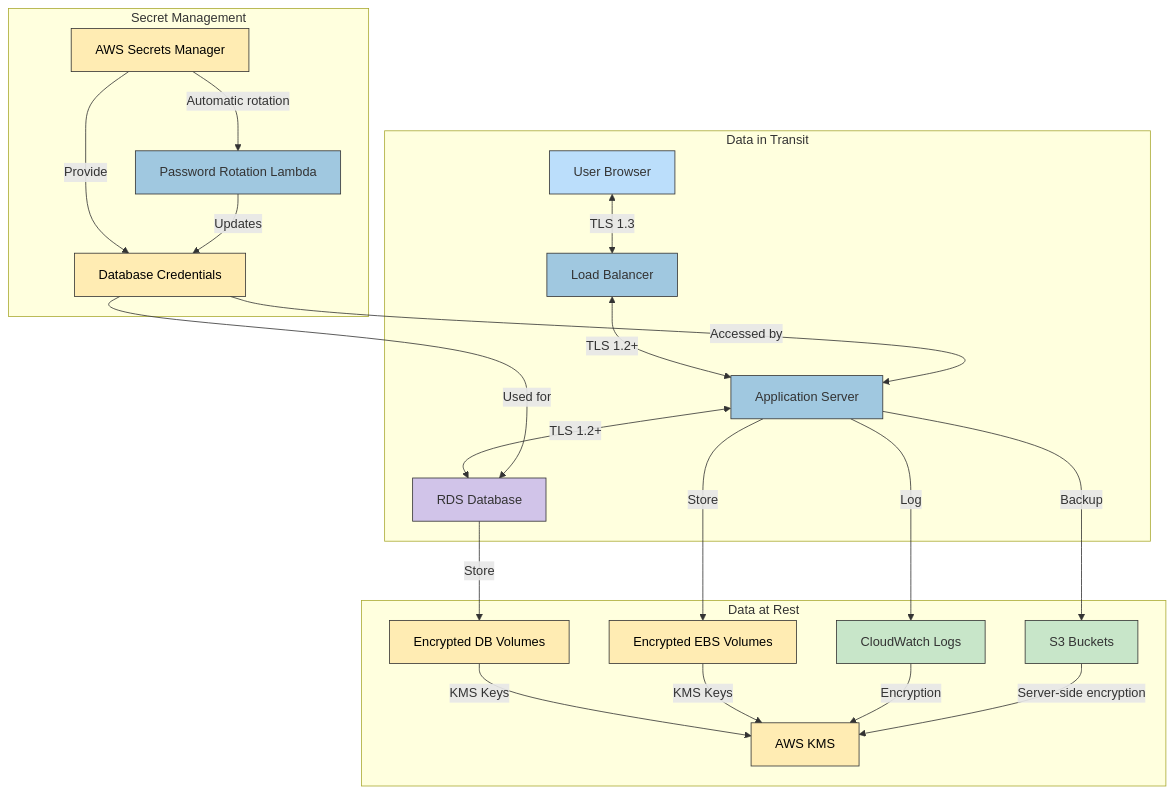
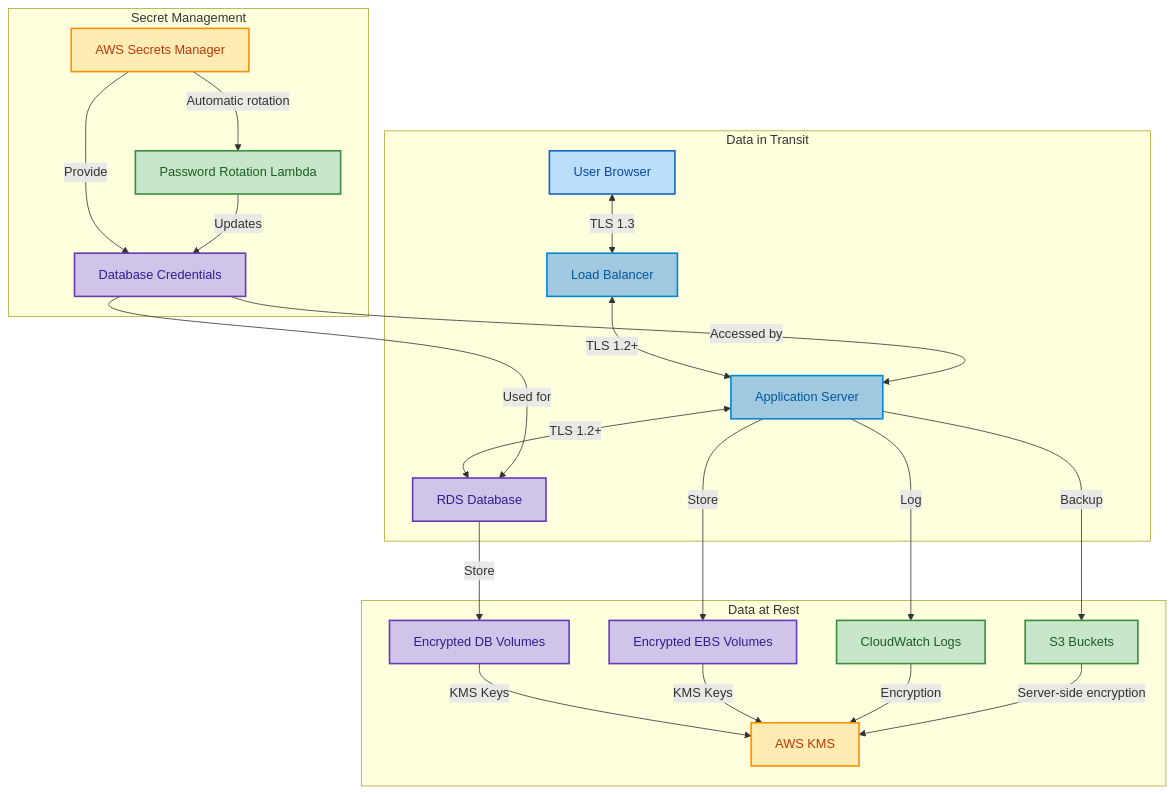
One commit to Hack23/cia changed the third of 12 diagrams in SECURITY_ARCHITECTURE.md. Above: the diagram before and after it, drawn with Mermaid. The commit also changed other lines of this file, not shown here.

````diff
--- a/SECURITY_ARCHITECTURE.md
+++ b/SECURITY_ARCHITECTURE.md
@@ -177,44 +181,45 @@
 ```mermaid
 flowchart TD
+    %% Node styling classes
+    classDef userNode fill:#bbdefb,stroke:#1565c0,stroke-width:2px,color:#0d47a1
+    classDef appNode fill:#a0c8e0,stroke:#0288d1,stroke-width:2px,color:#01579b
+    classDef dataNode fill:#d1c4e9,stroke:#673ab7,stroke-width:2px,color:#311b92
+    classDef encryptNode fill:#ffecb3,stroke:#ff8f00,stroke-width:2px,color:#bf360c
+    classDef loggingNode fill:#c8e6c9,stroke:#388e3c,stroke-width:2px,color:#1b5e20
+    
     subgraph "Data in Transit"
         A[User Browser] <-->|TLS 1.3| B[Load Balancer]
         B <-->|TLS 1.2+| C[Application Server]
         C <-->|TLS 1.2+| D[RDS Database]
     end
     
     subgraph "Data at Rest"
         D -->|Store| E[Encrypted DB Volumes]
         E -->|KMS Keys| F[AWS KMS]
         
         C -->|Store| G[Encrypted EBS Volumes]
         G -->|KMS Keys| F
         
         C -->|Log| H[CloudWatch Logs]
         H -->|Encryption| F
         
         C -->|Backup| I[S3 Buckets]
         I -->|Server-side encryption| F
     end
     
     subgraph "Secret Management"
         J[AWS Secrets Manager] -->|Provide| K[Database Credentials]
         K -->|Accessed by| C
         K -->|Used for| D
         
         J -->|Automatic rotation| L[Password Rotation Lambda]
         L -->|Updates| K
     end
     
-    style A fill:#bbdefb,stroke:#333,stroke-width:1px
-    style B fill:#a0c8e0,stroke:#333,stroke-width:1px
-    style C fill:#a0c8e0,stroke:#333,stroke-width:1px
-    style D fill:#d1c4e9,stroke:#333,stroke-width:1px
-    style E fill:#ffecb3,stroke:#333,stroke-width:1px,color:black
-    style F fill:#ffecb3,stroke:#333,stroke-width:1px,color:black
-    style G fill:#ffecb3,stroke:#333,stroke-width:1px,color:black
-    style H fill:#c8e6c9,stroke:#333,stroke-width:1px
-    style I fill:#c8e6c9,stroke:#333,stroke-width:1px
-    style J fill:#ffecb3,stroke:#333,stroke-width:1px,color:black
-    style K fill:#ffecb3,stroke:#333,stroke-width:1px,color:black
-    style L fill:#a0c8e0,stroke:#333,stroke-width:1px
+    %% Apply styling classes
+    class A userNode
+    class B,C appNode
+    class D,E,G,K dataNode
+    class F,J encryptNode
+    class H,I,L loggingNode
 ```
````
